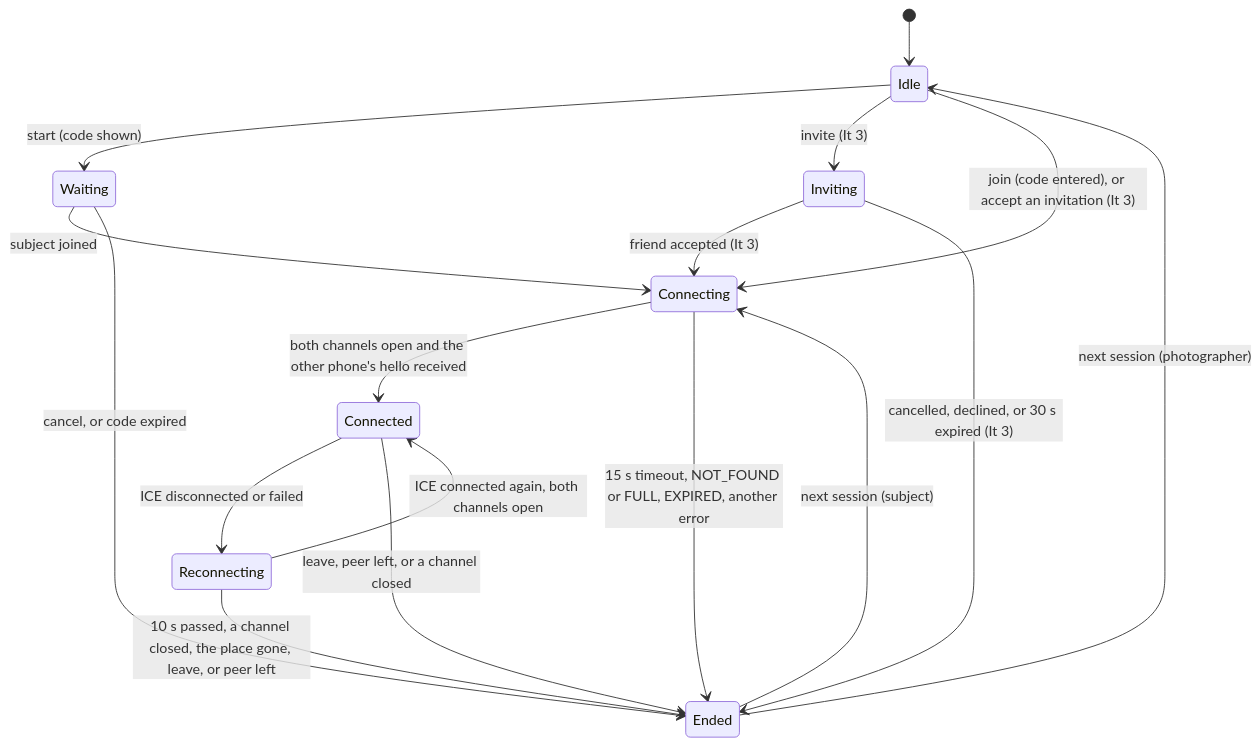
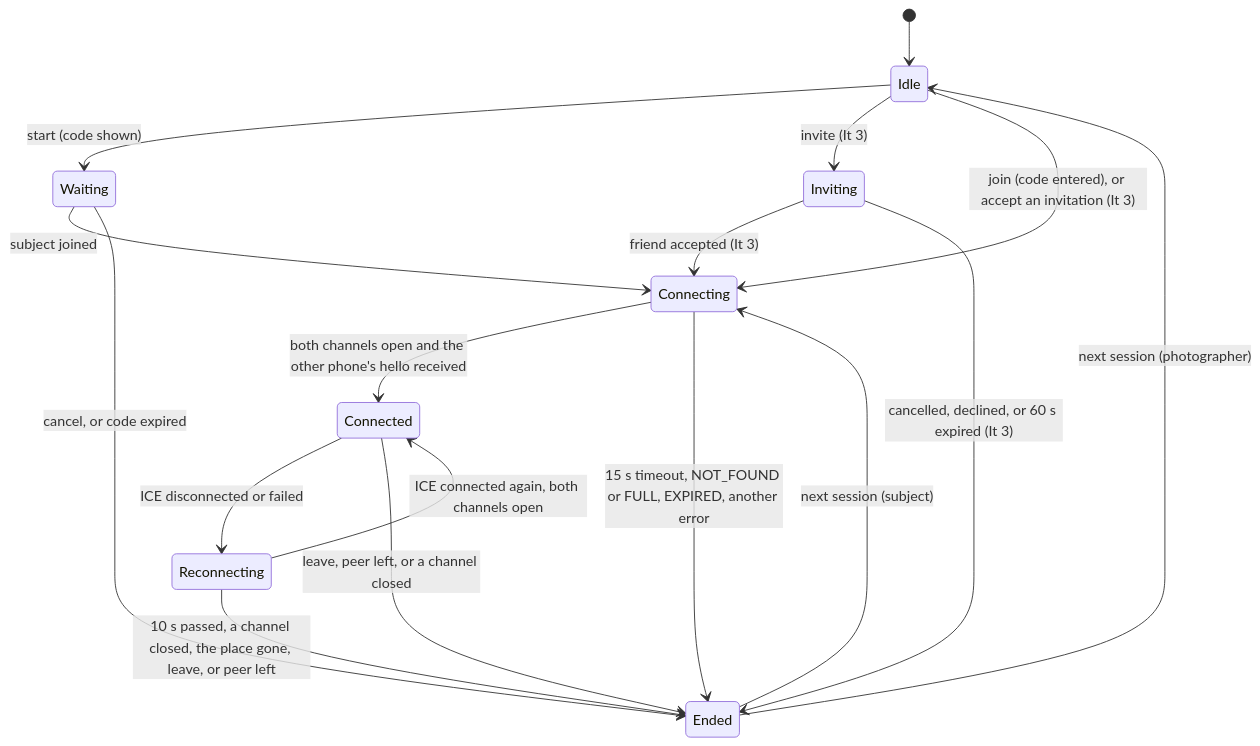
One commit to snuhcs-course/swpp-2026-project-team-10 changed the tenth of 12 diagrams in wiki/Design-Documentation.md. Above: the diagram before and after it, drawn with Mermaid. The commit also changed other lines of this file and 77 other files, not shown here.

````diff
--- a/wiki/Design-Documentation.md
+++ b/wiki/Design-Documentation.md
@@ -1049,19 +1059,19 @@
 ```mermaid
 stateDiagram-v2
   [*] --> Idle
   Idle --> Waiting: start (code shown)
   Idle --> Inviting: invite (It 3)
   Idle --> Connecting: join (code entered), or accept an invitation (It 3)
   Waiting --> Connecting: subject joined
   Waiting --> Ended: cancel, or code expired
   Inviting --> Connecting: friend accepted (It 3)
-  Inviting --> Ended: cancelled, declined, or 30 s expired (It 3)
+  Inviting --> Ended: cancelled, declined, or 60 s expired (It 3)
   Connecting --> Connected: both channels open and the other phone's hello received
   Connecting --> Ended: 15 s timeout, NOT_FOUND or FULL, EXPIRED, another error
   Connected --> Reconnecting: ICE disconnected or failed
   Reconnecting --> Connected: ICE connected again, both channels open
   Reconnecting --> Ended: 10 s passed, a channel closed, the place gone, leave, or peer left
   Connected --> Ended: leave, peer left, or a channel closed
   Ended --> Idle: next session (photographer)
   Ended --> Connecting: next session (subject)
 ```
````
